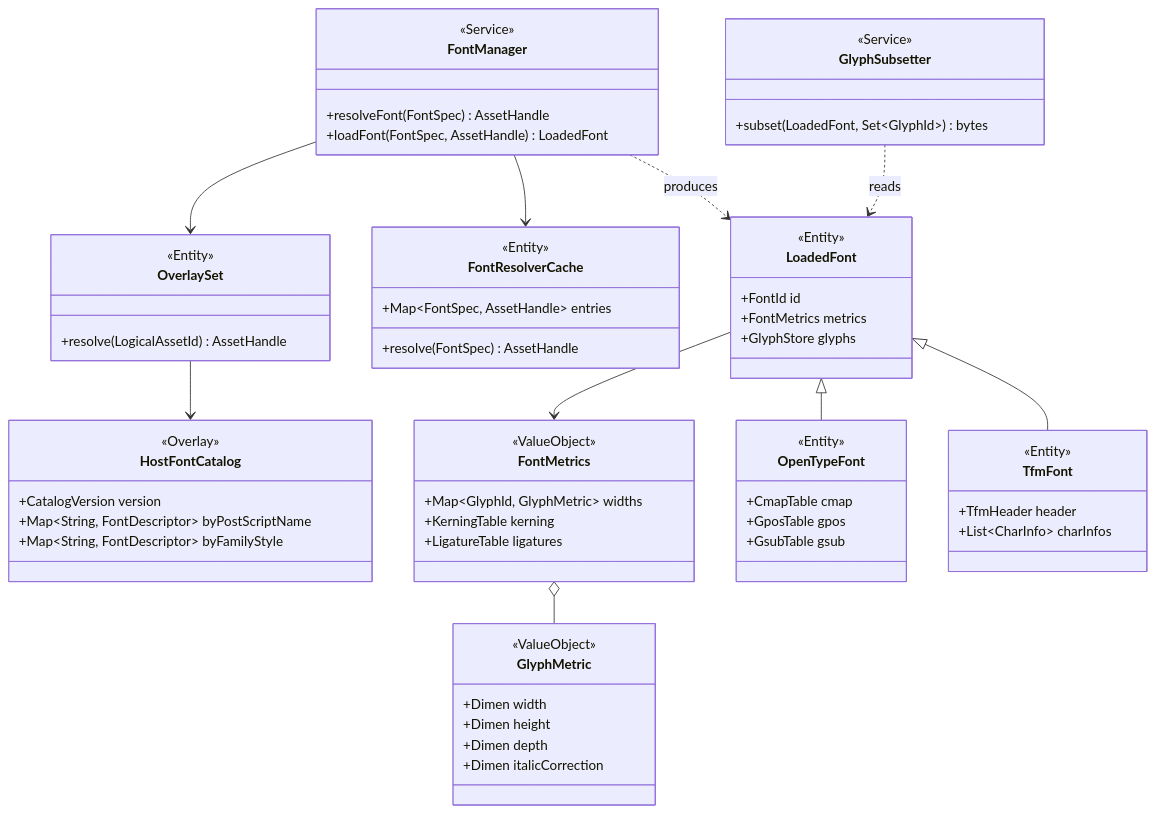
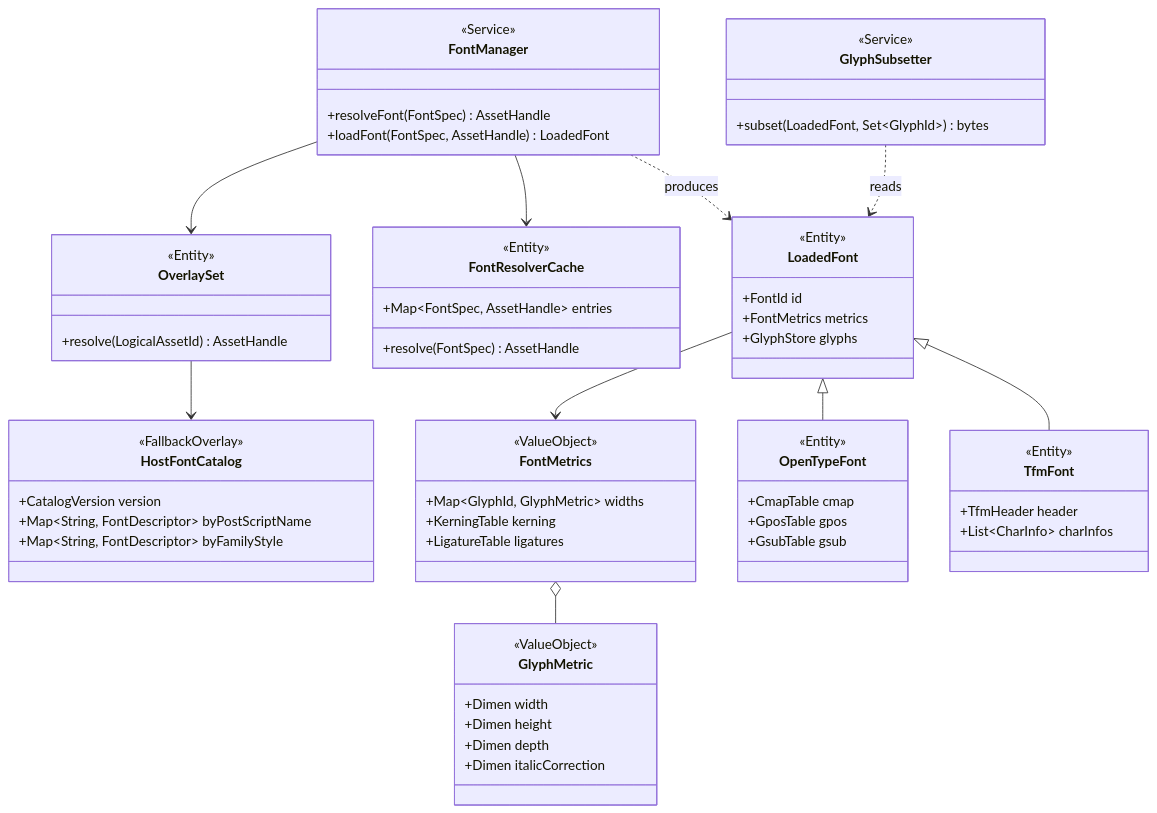
Before and after one commit to RK0429/ferritex: the eighth of 12 diagrams in docs/domain_model.md, drawn with Mermaid. The commit also changed other lines of this file and 1 other file, not shown here.

````diff
--- a/docs/domain_model.md
+++ b/docs/domain_model.md
@@ -729,67 +816,67 @@
 ```mermaid
 classDiagram
     class FontManager {
         <<Service>>
         +resolveFont(FontSpec) AssetHandle
         +loadFont(FontSpec, AssetHandle) LoadedFont
     }
     class OverlaySet {
         <<Entity>>
         +resolve(LogicalAssetId) AssetHandle
     }
     class LoadedFont {
         <<Entity>>
         +FontId id
         +FontMetrics metrics
         +GlyphStore glyphs
     }
     class HostFontCatalog {
-        <<Overlay>>
+        <<FallbackOverlay>>
         +CatalogVersion version
         +Map~String, FontDescriptor~ byPostScriptName
         +Map~String, FontDescriptor~ byFamilyStyle
     }
     class FontResolverCache {
         <<Entity>>
         +Map~FontSpec, AssetHandle~ entries
         +resolve(FontSpec) AssetHandle
     }
     class FontMetrics {
         <<ValueObject>>
         +Map~GlyphId, GlyphMetric~ widths
         +KerningTable kerning
         +LigatureTable ligatures
     }
     class GlyphMetric {
         <<ValueObject>>
         +Dimen width
         +Dimen height
         +Dimen depth
         +Dimen italicCorrection
     }
     class OpenTypeFont {
         <<Entity>>
         +CmapTable cmap
         +GposTable gpos
         +GsubTable gsub
     }
     class TfmFont {
         <<Entity>>
         +TfmHeader header
         +List~CharInfo~ charInfos
     }
     class GlyphSubsetter {
         <<Service>>
         +subset(LoadedFont, Set~GlyphId~) bytes
     }
 
     LoadedFont --> FontMetrics
     FontMetrics o-- GlyphMetric
     LoadedFont <|-- OpenTypeFont
     LoadedFont <|-- TfmFont
     FontManager --> OverlaySet
     FontManager --> FontResolverCache
     OverlaySet --> HostFontCatalog
     FontManager ..> LoadedFont : produces
     GlyphSubsetter ..> LoadedFont : reads
 ```
````
